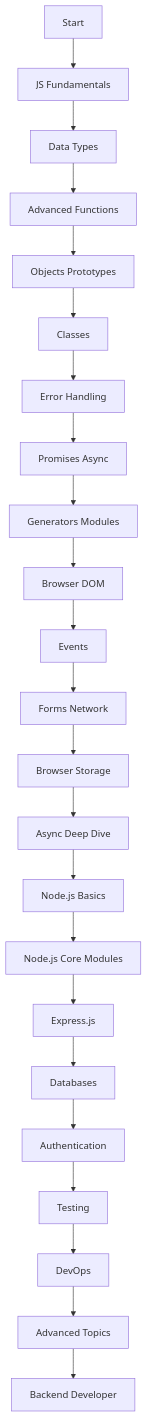
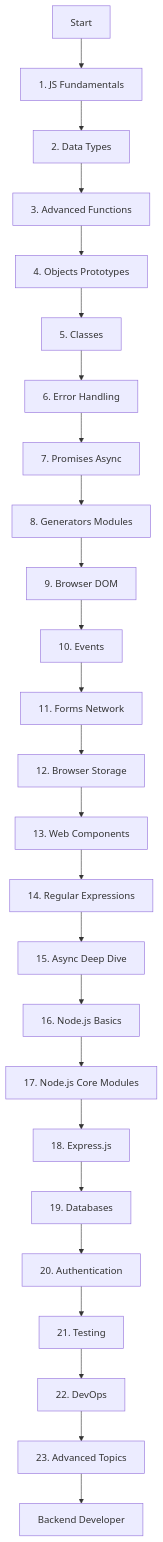
One commit to roy-twsl/backend_roadmap changed the diagram in README.md. Above: the diagram before and after it, drawn with Mermaid. The commit also changed other lines of this file, not shown here.

````diff
--- a/README.md
+++ b/README.md
@@ -9,25 +7,27 @@
 ```mermaid
 graph TD;
-    A[Start]-->B[JS Fundamentals];
-    B-->C[Data Types];
-    C-->D[Advanced Functions];
-    D-->E[Objects Prototypes];
-    E-->F[Classes];
-    F-->G[Error Handling];
-    G-->H[Promises Async];
-    H-->I[Generators Modules];
-    I-->J[Browser DOM];
-    J-->K[Events];
-    K-->L[Forms Network];
-    L-->M[Browser Storage];
-    M-->N[Async Deep Dive];
-    N-->O[Node.js Basics];
-    O-->P[Node.js Core Modules];
-    P-->Q[Express.js];
-    Q-->R[Databases];
-    R-->S[Authentication];
-    S-->T[Testing];
-    T-->U[DevOps];
-    U-->V[Advanced Topics];
-    V-->W[Backend Developer];
+    A[Start]-->B[1. JS Fundamentals];
+    B-->C[2. Data Types];
+    C-->D[3. Advanced Functions];
+    D-->E[4. Objects Prototypes];
+    E-->F[5. Classes];
+    F-->G[6. Error Handling];
+    G-->H[7. Promises Async];
+    H-->I[8. Generators Modules];
+    I-->J[9. Browser DOM];
+    J-->K[10. Events];
+    K-->L[11. Forms Network];
+    L-->M[12. Browser Storage];
+    M-->N[13. Web Components];
+    N-->O[14. Regular Expressions];
+    O-->P[15. Async Deep Dive];
+    P-->Q[16. Node.js Basics];
+    Q-->R[17. Node.js Core Modules];
+    R-->S[18. Express.js];
+    S-->T[19. Databases];
+    T-->U[20. Authentication];
+    U-->V[21. Testing];
+    V-->W[22. DevOps];
+    W-->X[23. Advanced Topics];
+    X-->Y[Backend Developer];
 ```
````
